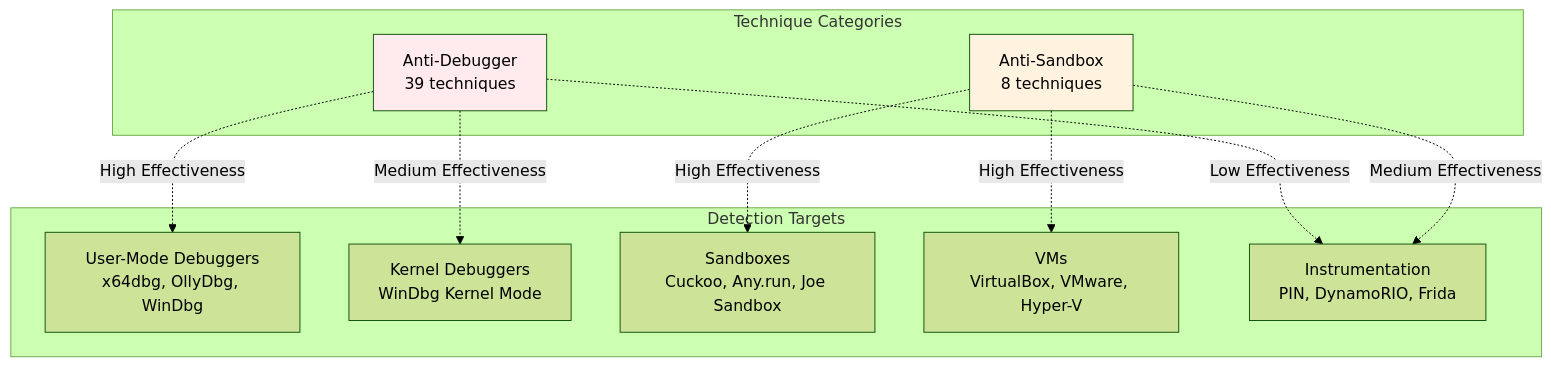
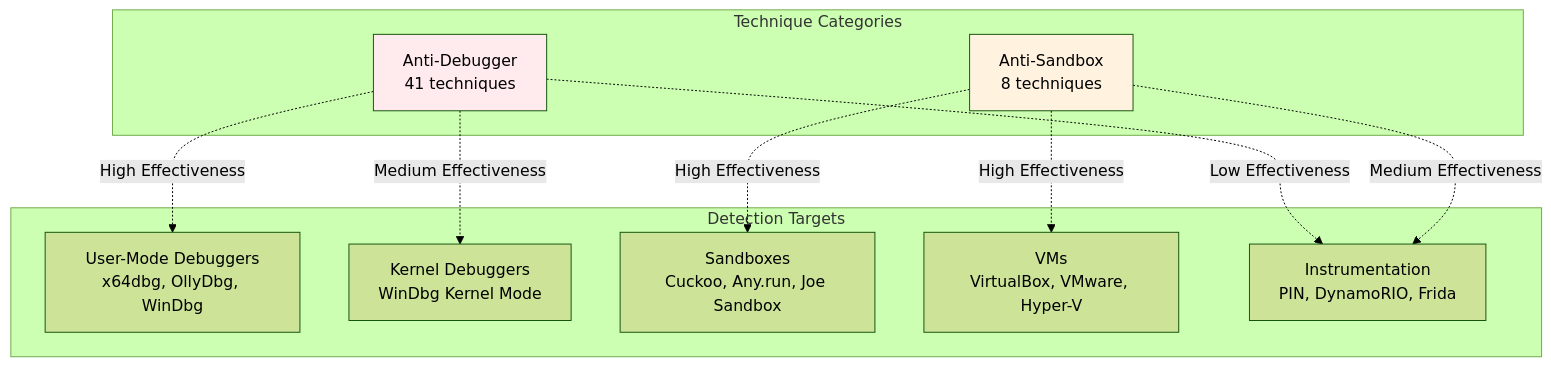
Before and after one commit to mabj/anti: the seventh of 8 diagrams in docs/diagrams/taxonomy.md, drawn with Mermaid (forest theme). The commit also changed other lines of this file and 12 other files, not shown here.

Commit message:
Adding two new Anti-debugger techniques AD040 and AD041

````diff
--- a/docs/diagrams/taxonomy.md
+++ b/docs/diagrams/taxonomy.md
@@ -211,26 +213,26 @@
 ```mermaid
 graph TB
     subgraph Detection Targets
         T1[User-Mode Debuggers<br/>x64dbg, OllyDbg, WinDbg]
         T2[Kernel Debuggers<br/>WinDbg Kernel Mode]
         T3[Sandboxes<br/>Cuckoo, Any.run, Joe Sandbox]
         T4[VMs<br/>VirtualBox, VMware, Hyper-V]
         T5[Instrumentation<br/>PIN, DynamoRIO, Frida]
     end
 
     subgraph Technique Categories
-        C1[Anti-Debugger<br/>39 techniques]
+        C1[Anti-Debugger<br/>41 techniques]
         C2[Anti-Sandbox<br/>8 techniques]
     end
 
     C1 -.High Effectiveness.-> T1
     C1 -.Medium Effectiveness.-> T2
     C1 -.Low Effectiveness.-> T5
 
     C2 -.High Effectiveness.-> T3
     C2 -.High Effectiveness.-> T4
     C2 -.Medium Effectiveness.-> T5
 
     style C1 fill:#ffebee
     style C2 fill:#fff3e0
 ```
````
